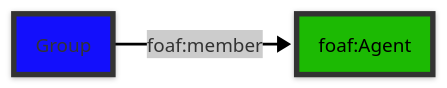
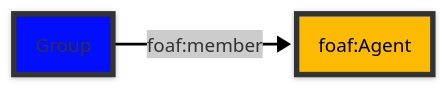
The diagram in example/build/class/Group.md (StephaneBranly/ontodoc), drawn with Mermaid before and after one commit. The commit also changed other lines of this file and 18 other files, not shown here.

````diff
--- a/example/build/class/Group.md
+++ b/example/build/class/Group.md
@@ -14,15 +15,13 @@
 ```mermaid
 ---
 config:
   look: neo
   theme: neo
 ---
 flowchart LR
     Group -- foaf:member --> 0[foaf:Agent]
     class 0 literal;
     class Group baseclass;
 classDef literal fill:#fcba03,stroke:#333,stroke-width:4px,color:black;
-classDef literal fill:#1cba03,stroke:#333,stroke-width:4px,color:black;
 classDef baseclass fill:#030ffc,stroke:#333,stroke-width:4px;
-classDef baseclass fill:#130ffc,stroke:#333,stroke-width:4px;
 ```
````
